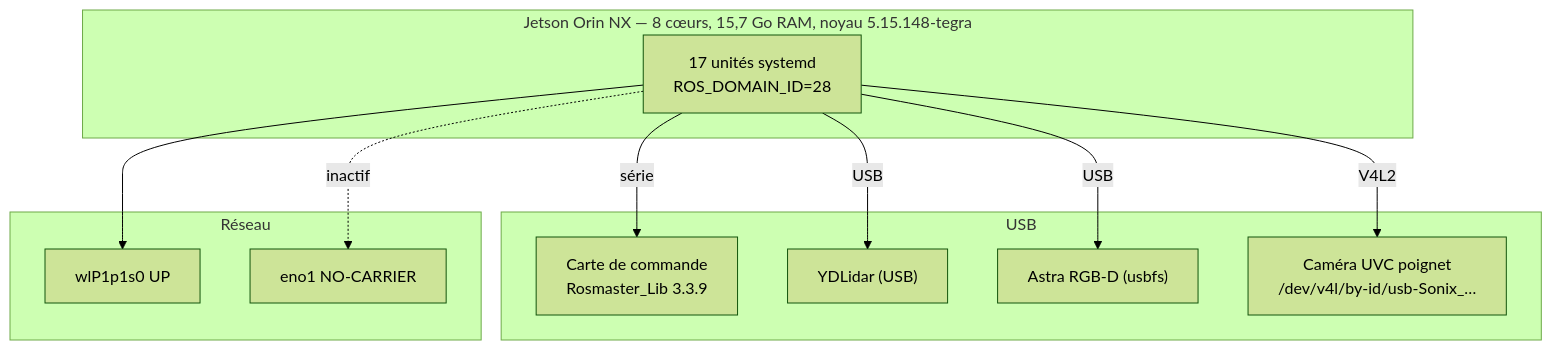
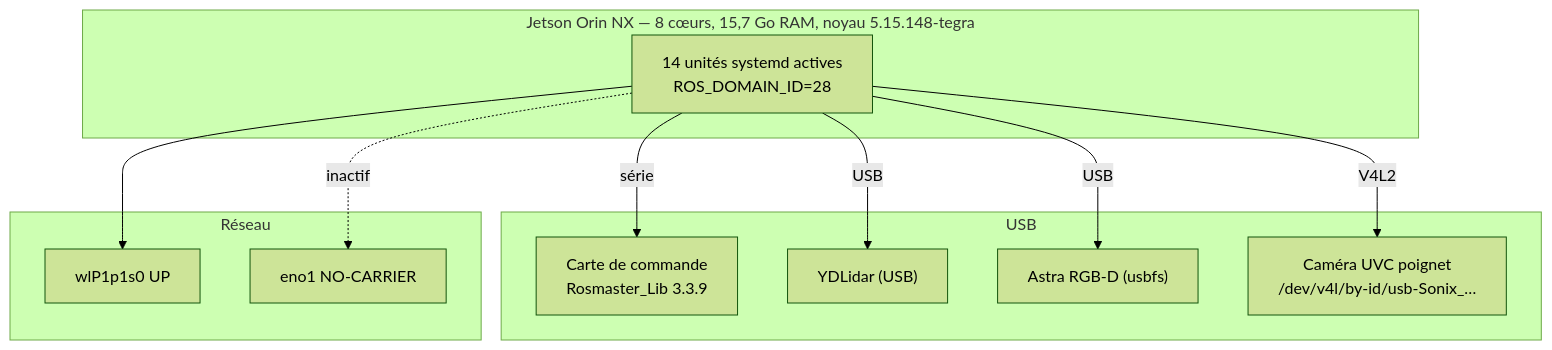
The second of 3 diagrams in docs/ros2_audit/01_architecture_factuelle.md (morgoth31/clawbot), drawn with Mermaid (forest theme) before and after one commit. The commit also changed other lines of this file and 15 other files, not shown here.

````diff
--- a/docs/ros2_audit/01_architecture_factuelle.md
+++ b/docs/ros2_audit/01_architecture_factuelle.md
@@ -328,22 +331,22 @@
 ```mermaid
 flowchart TB
   subgraph Jetson["Jetson Orin NX — 8 cœurs, 15,7 Go RAM, noyau 5.15.148-tegra"]
-    SYS["17 unités systemd<br/>ROS_DOMAIN_ID=28"]
+    SYS["14 unités systemd actives<br/>ROS_DOMAIN_ID=28"]
   end
   subgraph USB
     MCU2["Carte de commande<br/>Rosmaster_Lib 3.3.9"]
     LID2["YDLidar (USB)"]
     AST2["Astra RGB-D (usbfs)"]
     WRI2["Caméra UVC poignet<br/>/dev/v4l/by-id/usb-Sonix_…"]
   end
   subgraph Réseau
     WIFI["wlP1p1s0 UP"]
     ETH["eno1 NO-CARRIER"]
   end
   SYS -->|"série"| MCU2
   SYS -->|"USB"| LID2
   SYS -->|"USB"| AST2
   SYS -->|"V4L2"| WRI2
   SYS --> WIFI
   SYS -.->|"inactif"| ETH
 ```
````
